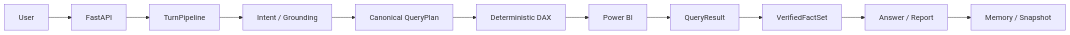
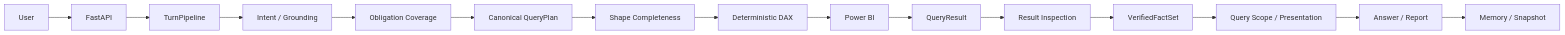
One commit to Strange-Men/PowerBIAgent changed the diagram in README.md. Above: the diagram before and after it, drawn with Mermaid. The commit also changed other lines of this file and 55 other files, not shown here.

````diff
--- a/README.md
+++ b/README.md
@@ -32,13 +33,17 @@
 ```mermaid
 flowchart LR
     User["User"] --> API["FastAPI"]
     API --> Pipeline["TurnPipeline"]
     Pipeline --> Grounding["Intent / Grounding"]
-    Grounding --> Plan["Canonical QueryPlan"]
-    Plan --> DAX["Deterministic DAX"]
+    Grounding --> Coverage["Obligation Coverage"]
+    Coverage --> Plan["Canonical QueryPlan"]
+    Plan --> Shape["Shape Completeness"]
+    Shape --> DAX["Deterministic DAX"]
     DAX --> PBI["Power BI"]
     PBI --> Result["QueryResult"]
-    Result --> Facts["VerifiedFactSet"]
-    Facts --> Output["Answer / Report"]
+    Result --> Inspection["Result Inspection"]
+    Inspection --> Facts["VerifiedFactSet"]
+    Facts --> Scope["Query Scope / Presentation"]
+    Scope --> Output["Answer / Report"]
     Output --> State["Memory / Snapshot"]
 ```
````
